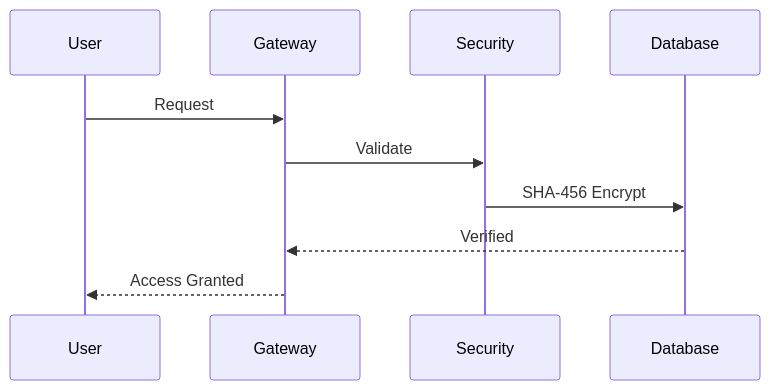
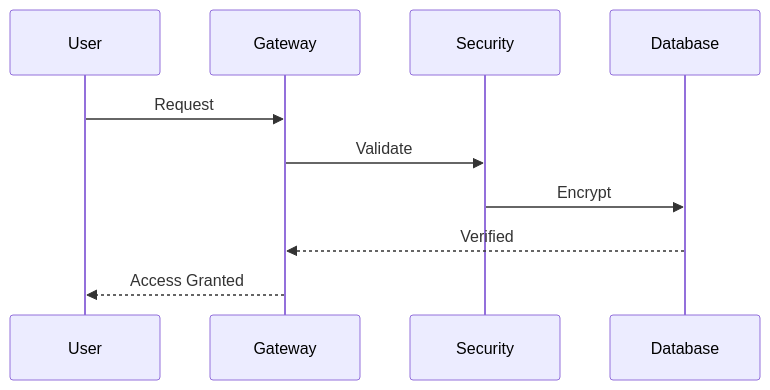
Before and after one commit to nissanpatrolk5037-ctrl/Optimind: the third of 3 diagrams in README.md, drawn with Mermaid. The commit also changed other lines of this file, not shown here.

````diff
--- a/README.md
+++ b/README.md
@@ -112,8 +163,8 @@
 ```mermaid
 sequenceDiagram
     User->>Gateway: Request
     Gateway->>Security: Validate
-    Security->>Database: SHA‑456 Encrypt
+    Security->>Database: Encrypt
     Database-->>Gateway: Verified
     Gateway-->>User: Access Granted
 ```
````
